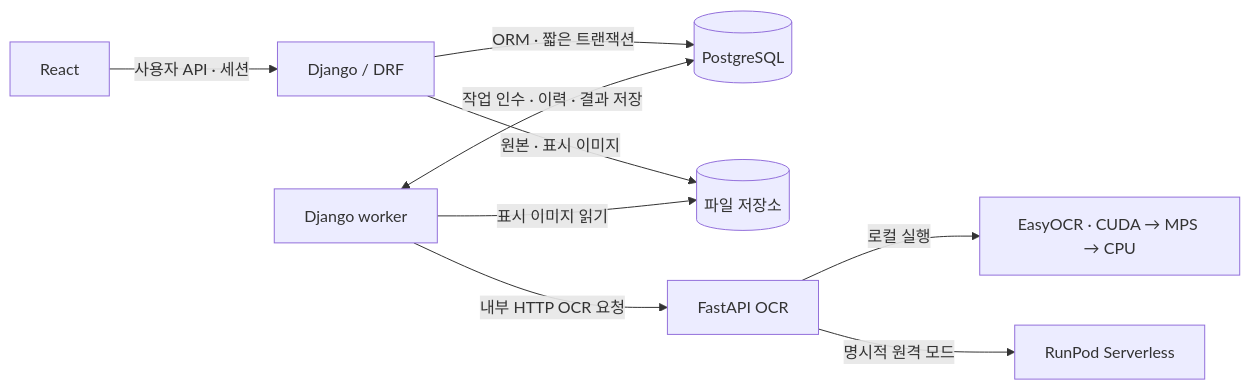
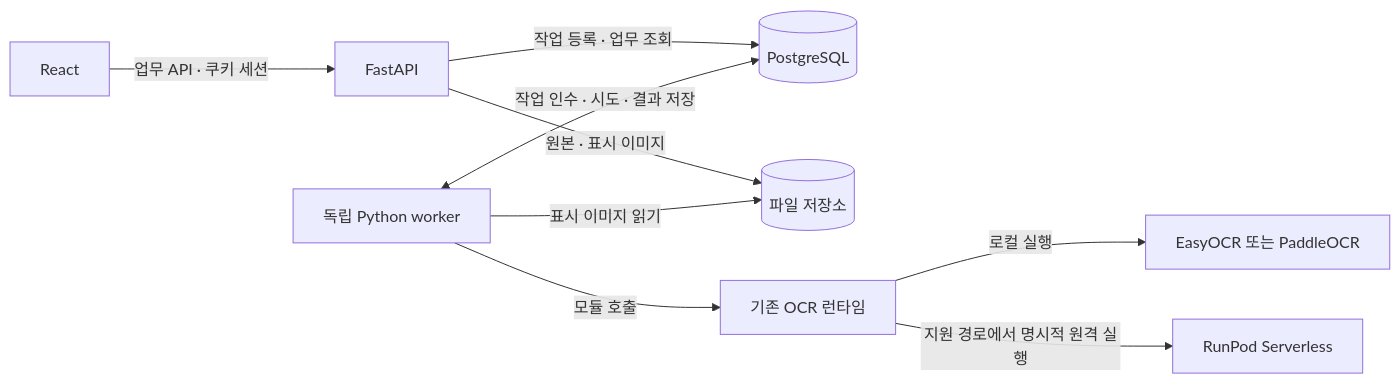
One commit to 20260528-skn-family-ai-33/SKN33-Final-1Team changed the diagram in docs/project-specification.md. Above: the diagram before and after it, drawn with Mermaid. The commit also changed other lines of this file and 2 other files, not shown here.

First line of the commit message:
docs(architecture): React + FastAPI 기준으로 프로젝트 문서 정리

````diff
--- a/docs/project-specification.md
+++ b/docs/project-specification.md
@@ -49,11 +62,11 @@
 ```mermaid
 flowchart LR
-    R[React] -->|사용자 API · 세션| D[Django / DRF]
-    D -->|ORM · 짧은 트랜잭션| P[(PostgreSQL)]
-    D -->|원본 · 표시 이미지| S[(파일 저장소)]
-    W[Django worker] <-->|작업 인수 · 이력 · 결과 저장| P
+    R["React"] -->|업무 API · 쿠키 세션| A["FastAPI"]
+    A -->|작업 등록 · 업무 조회| P[("PostgreSQL")]
+    A -->|원본 · 표시 이미지| S[("파일 저장소")]
+    W["독립 Python worker"] <-->|작업 인수 · 시도 · 결과 저장| P
     W -->|표시 이미지 읽기| S
-    W -->|내부 HTTP OCR 요청| F[FastAPI OCR]
-    F -->|로컬 실행| L[EasyOCR · CUDA → MPS → CPU]
-    F -->|명시적 원격 모드| G[RunPod Serverless]
+    W -->|모듈 호출| O["기존 OCR 런타임"]
+    O -->|로컬 실행| L["EasyOCR 또는 PaddleOCR"]
+    O -->|지원 경로에서 명시적 원격 실행| G["RunPod Serverless"]
 ```
````
